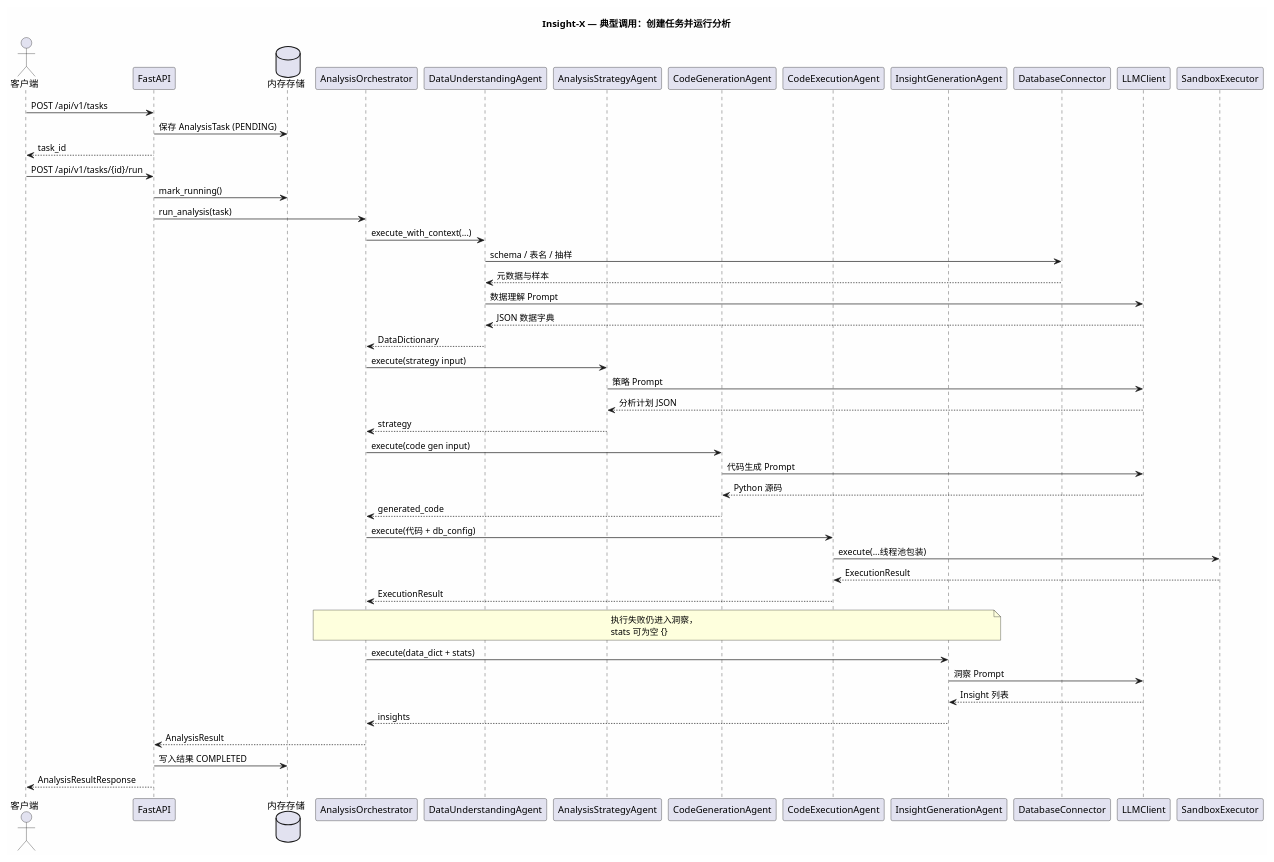
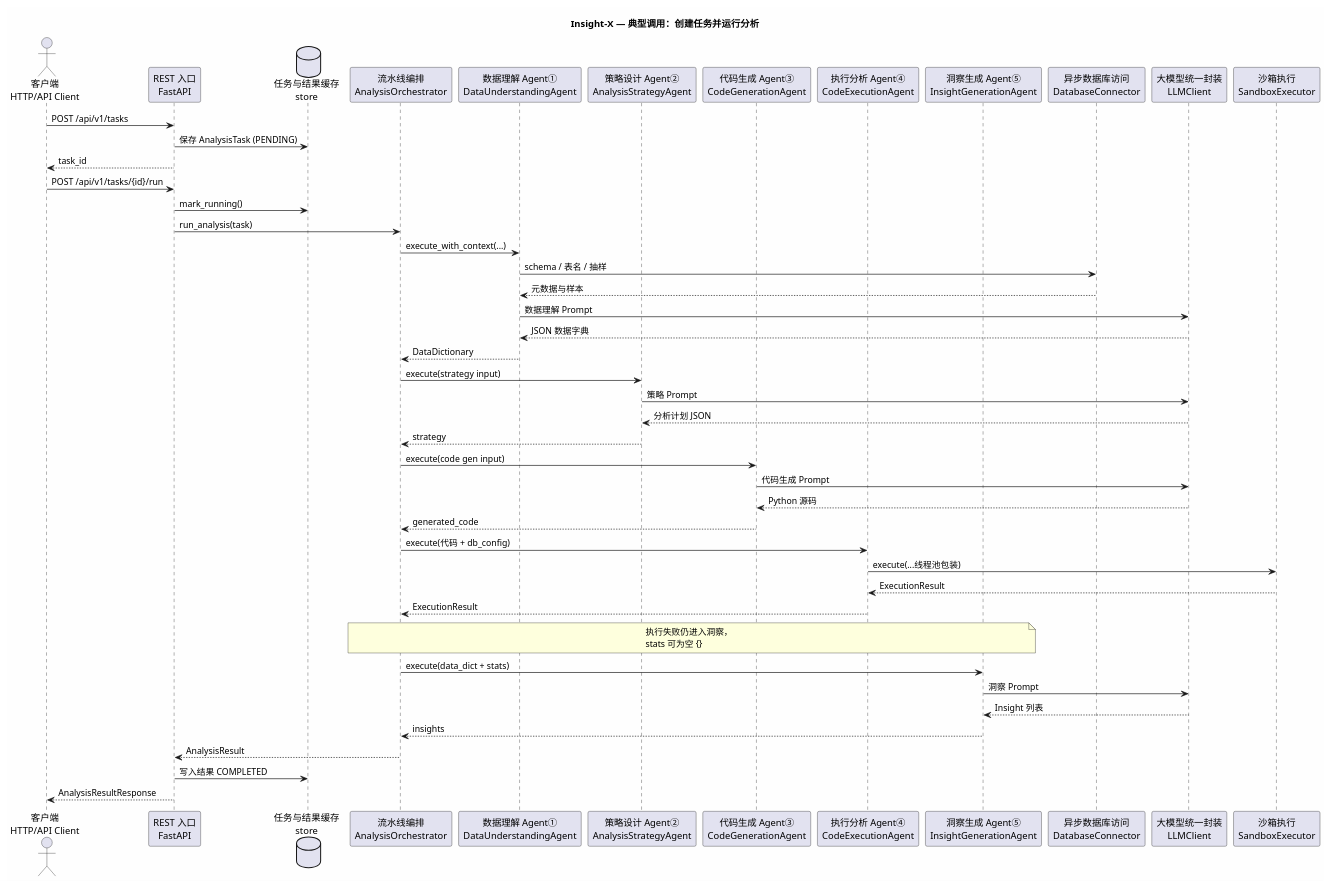
The diagram in docs/Introduce/sequence-analysis-run.puml (Wangjunjie991116/insight-x), drawn with PlantUML before and after one commit. The commit also changed 2 other files, not shown here.

```diff
--- a/docs/Introduce/sequence-analysis-run.puml
+++ b/docs/Introduce/sequence-analysis-run.puml
@@ -1,63 +1,63 @@
 @startuml insight-x-sequence-run
 ' 创建任务并执行分析（与 sequence-analysis-run.mermaid 对应）
 skinparam backgroundColor #FEFEFE
 title Insight-X — 典型调用：创建任务并运行分析
 
-actor "客户端" as C
-participant "FastAPI" as API
-database "内存存储" as Mem
-participant "AnalysisOrchestrator" as Orch
-participant "DataUnderstandingAgent" as A1
-participant "AnalysisStrategyAgent" as A2
-participant "CodeGenerationAgent" as A3
-participant "CodeExecutionAgent" as A4
-participant "InsightGenerationAgent" as A5
-participant "DatabaseConnector" as DB
-participant "LLMClient" as LLM
-participant "SandboxExecutor" as SB
+actor "客户端\nHTTP/API Client" as C
+participant "REST 入口\nFastAPI" as API
+database "任务与结果缓存\nstore" as Mem
+participant "流水线编排\nAnalysisOrchestrator" as Orch
+participant "数据理解 Agent①\nDataUnderstandingAgent" as A1
+participant "策略设计 Agent②\nAnalysisStrategyAgent" as A2
+participant "代码生成 Agent③\nCodeGenerationAgent" as A3
+participant "执行分析 Agent④\nCodeExecutionAgent" as A4
+participant "洞察生成 Agent⑤\nInsightGenerationAgent" as A5
+participant "异步数据库访问\nDatabaseConnector" as DB
+participant "大模型统一封装\nLLMClient" as LLM
+participant "沙箱执行\nSandboxExecutor" as SB
 
 C -> API : POST /api/v1/tasks
 API -> Mem : 保存 AnalysisTask (PENDING)
 API --> C : task_id
 
 C -> API : POST /api/v1/tasks/{id}/run
 API -> Mem : mark_running()
 API -> Orch : run_analysis(task)
 
 Orch -> A1 : execute_with_context(...)
 A1 -> DB : schema / 表名 / 抽样
 DB --> A1 : 元数据与样本
 A1 -> LLM : 数据理解 Prompt
 LLM --> A1 : JSON 数据字典
 A1 --> Orch : DataDictionary
 
 Orch -> A2 : execute(strategy input)
 A2 -> LLM : 策略 Prompt
 LLM --> A2 : 分析计划 JSON
 A2 --> Orch : strategy
 
 Orch -> A3 : execute(code gen input)
 A3 -> LLM : 代码生成 Prompt
 LLM --> A3 : Python 源码
 A3 --> Orch : generated_code
 
 Orch -> A4 : execute(代码 + db_config)
 A4 -> SB : execute(...线程池包装)
 SB --> A4 : ExecutionResult
 A4 --> Orch : ExecutionResult
 
 note over Orch, A5
 执行失败仍进入洞察，
 stats 可为空 {}
 end note
 
 Orch -> A5 : execute(data_dict + stats)
 A5 -> LLM : 洞察 Prompt
 LLM --> A5 : Insight 列表
 A5 --> Orch : insights
 
 Orch --> API : AnalysisResult
 API -> Mem : 写入结果 COMPLETED
 API --> C : AnalysisResultResponse
 
 @enduml
```
